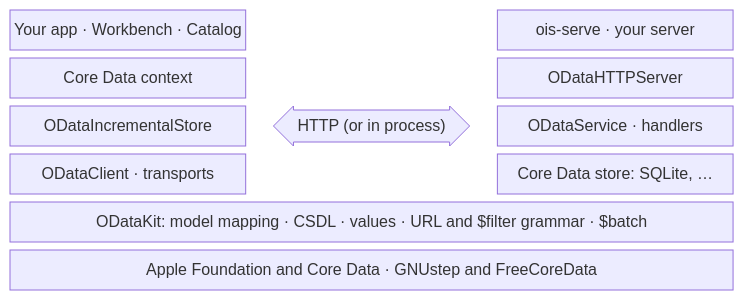
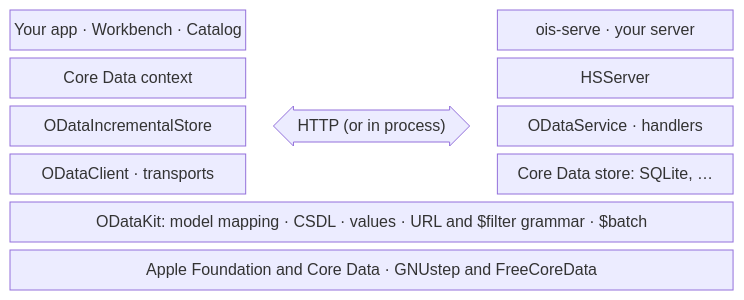
The first of 2 diagrams in README.md (ashalkhakov/ODataIncrementalStore), drawn with Mermaid before and after one commit. The commit also changed other lines of this file and 87 other files, not shown here.

````diff
--- a/README.md
+++ b/README.md
@@ -157,18 +182,18 @@
 ```mermaid
 block-beta
     columns 3
     app["Your app · Workbench · Catalog"]:1
     space
     server["ois-serve · your server"]:1
     context["Core Data context"]:1
     space
-    http["ODataHTTPServer"]:1
+    http["HSServer"]:1
     store["ODataIncrementalStore"]:1
     wire<["HTTP (or in process)"]>(x)
     service["ODataService · handlers"]:1
     client["ODataClient · transports"]:1
     space
     serverstore["Core Data store: SQLite, …"]:1
     kit["ODataKit: model mapping · CSDL · values · URL and $filter grammar · $batch"]:3
     platform["Apple Foundation and Core Data · GNUstep and FreeCoreData"]:3
 ```
````
